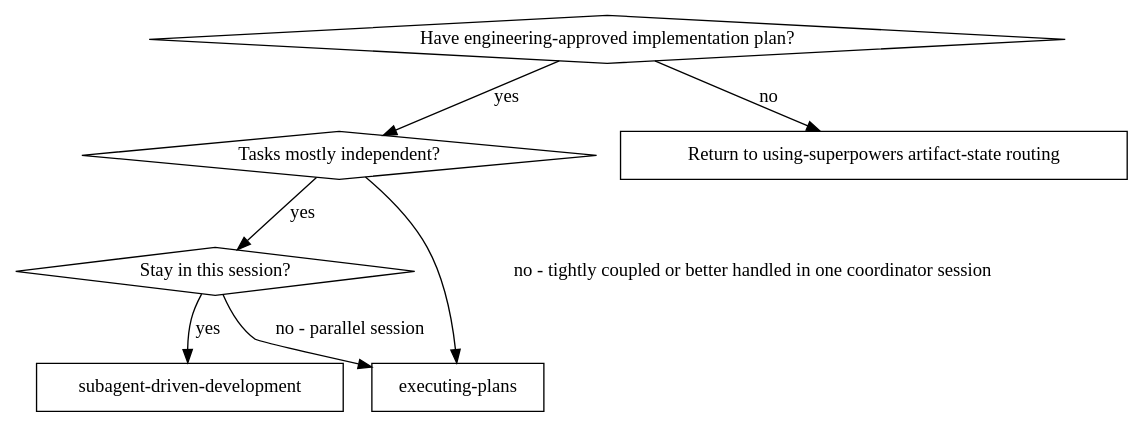
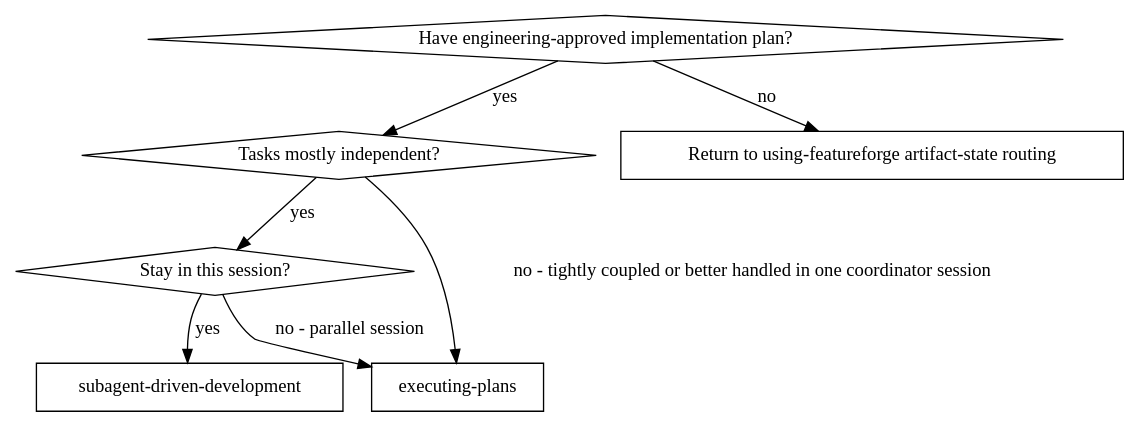
Before and after one commit to obra/superpowers: the first of 2 diagrams in skills/subagent-driven-development/SKILL.md, drawn with Graphviz. The commit also changed other lines of this file and 235 other files, not shown here.

````diff
--- a/skills/subagent-driven-development/SKILL.md
+++ b/skills/subagent-driven-development/SKILL.md
@@ -121,17 +121,17 @@
 ```dot
 digraph when_to_use {
     "Have engineering-approved implementation plan?" [shape=diamond];
     "Tasks mostly independent?" [shape=diamond];
     "Stay in this session?" [shape=diamond];
     "subagent-driven-development" [shape=box];
     "executing-plans" [shape=box];
-    "Return to using-superpowers artifact-state routing" [shape=box];
+    "Return to using-featureforge artifact-state routing" [shape=box];
 
     "Have engineering-approved implementation plan?" -> "Tasks mostly independent?" [label="yes"];
-    "Have engineering-approved implementation plan?" -> "Return to using-superpowers artifact-state routing" [label="no"];
+    "Have engineering-approved implementation plan?" -> "Return to using-featureforge artifact-state routing" [label="no"];
     "Tasks mostly independent?" -> "Stay in this session?" [label="yes"];
     "Tasks mostly independent?" -> "executing-plans" [label="no - tightly coupled or better handled in one coordinator session"];
     "Stay in this session?" -> "subagent-driven-development" [label="yes"];
     "Stay in this session?" -> "executing-plans" [label="no - parallel session"];
 }
 ```
````
